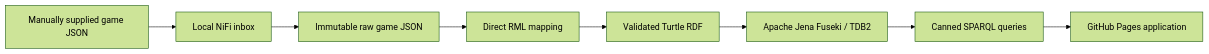
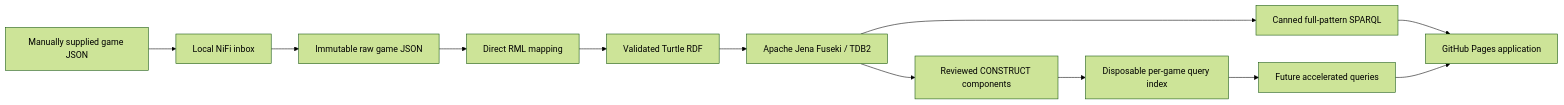
Before and after one commit to CarterBeauBenson/BaseballO: the diagram in Baseball/README.md, drawn with Mermaid (forest theme). The commit also changed other lines of this file and 25 other files, not shown here.

Commit message:
Add reproducible per-game query index

````diff
--- a/Baseball/README.md
+++ b/Baseball/README.md
@@ -7,10 +7,14 @@
 ```mermaid
 flowchart LR
     SOURCE[Manually supplied game JSON] --> INBOX[Local NiFi inbox]
     INBOX --> RAW[Immutable raw game JSON]
     RAW --> RML[Direct RML mapping]
     RML --> RDF[Validated Turtle RDF]
     RDF --> FUSEKI[Apache Jena Fuseki / TDB2]
-    FUSEKI --> SPARQL[Canned SPARQL queries]
+    FUSEKI --> SPARQL[Canned full-pattern SPARQL]
+    FUSEKI --> CONSTRUCT[Reviewed CONSTRUCT components]
+    CONSTRUCT --> INDEX[Disposable per-game query index]
+    INDEX --> FAST[Future accelerated queries]
     SPARQL --> WEB[GitHub Pages application]
+    FAST --> WEB
 ```
````
